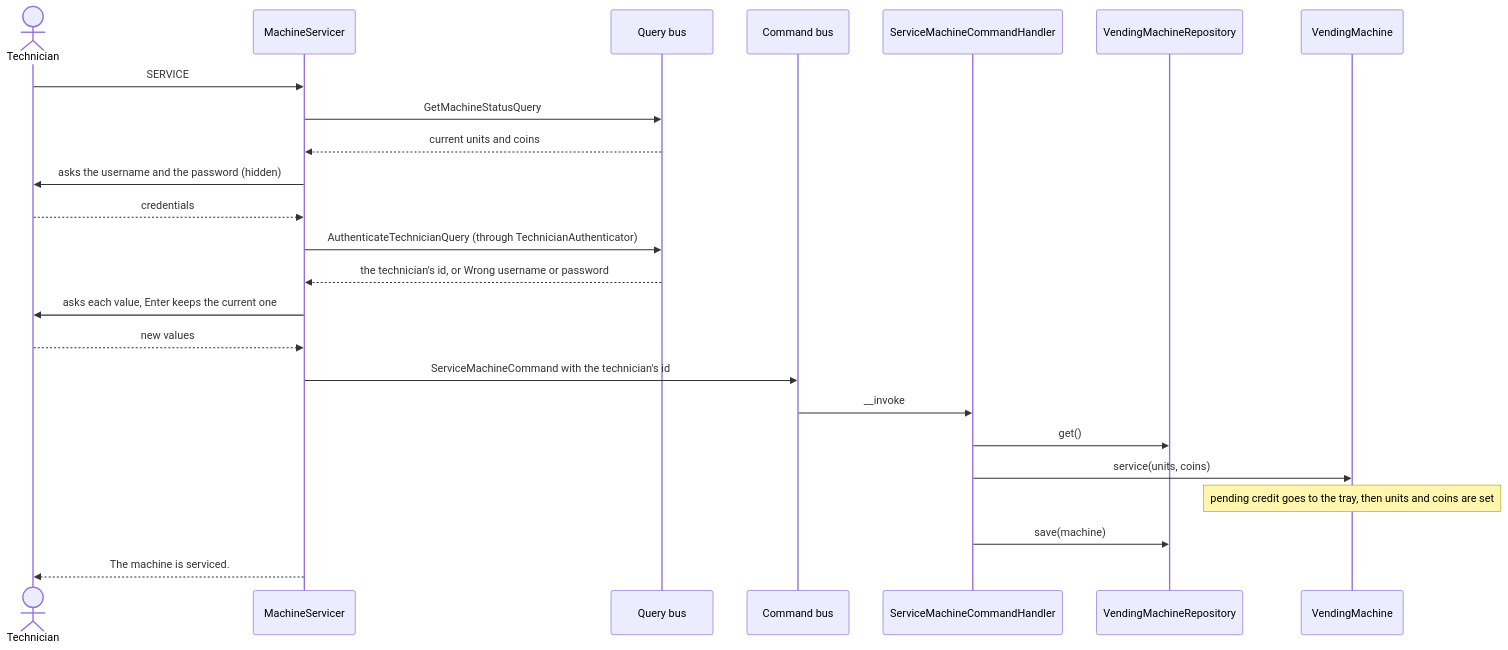
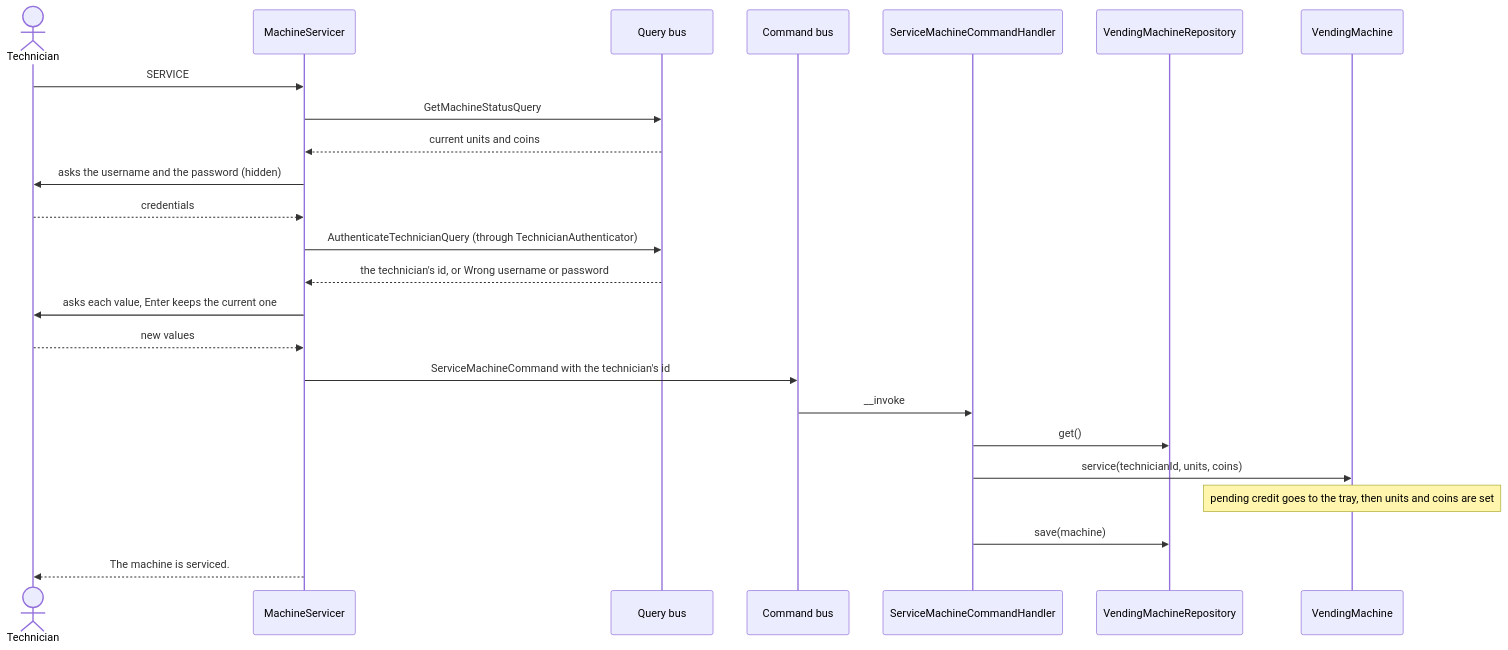
The seventh of 9 diagrams in docs/design.md (prubiella/vending-machine-challenge), drawn with Mermaid before and after one commit. The commit also changed 2 other files, not shown here.

Commit message:
docs: fix the service signature in the design and drop narrating comments

````diff
--- a/docs/design.md
+++ b/docs/design.md
@@ -356,26 +356,26 @@
 ```mermaid
 sequenceDiagram
     actor Technician
     participant Console as MachineServicer
     participant QBus as Query bus
     participant CBus as Command bus
     participant Handler as ServiceMachineCommandHandler
     participant Repo as VendingMachineRepository
     participant Machine as VendingMachine
     Technician->>Console: SERVICE
     Console->>QBus: GetMachineStatusQuery
     QBus-->>Console: current units and coins
     Console->>Technician: asks the username and the password (hidden)
     Technician-->>Console: credentials
     Console->>QBus: AuthenticateTechnicianQuery (through TechnicianAuthenticator)
     QBus-->>Console: the technician's id, or Wrong username or password
     Console->>Technician: asks each value, Enter keeps the current one
     Technician-->>Console: new values
     Console->>CBus: ServiceMachineCommand with the technician's id
     CBus->>Handler: __invoke
     Handler->>Repo: get()
-    Handler->>Machine: service(units, coins)
+    Handler->>Machine: service(technicianId, units, coins)
     Note over Machine: pending credit goes to the tray, then units and coins are set
     Handler->>Repo: save(machine)
     Console-->>Technician: The machine is serviced.
 ```
````
